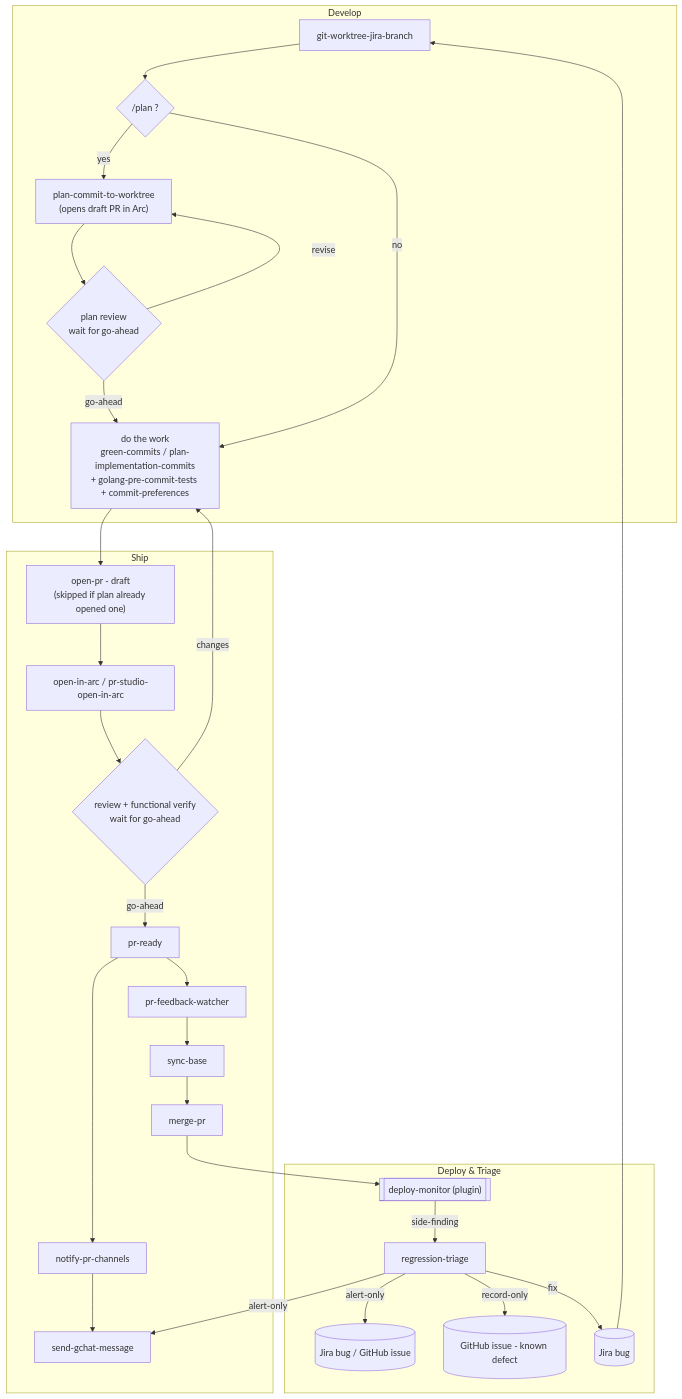
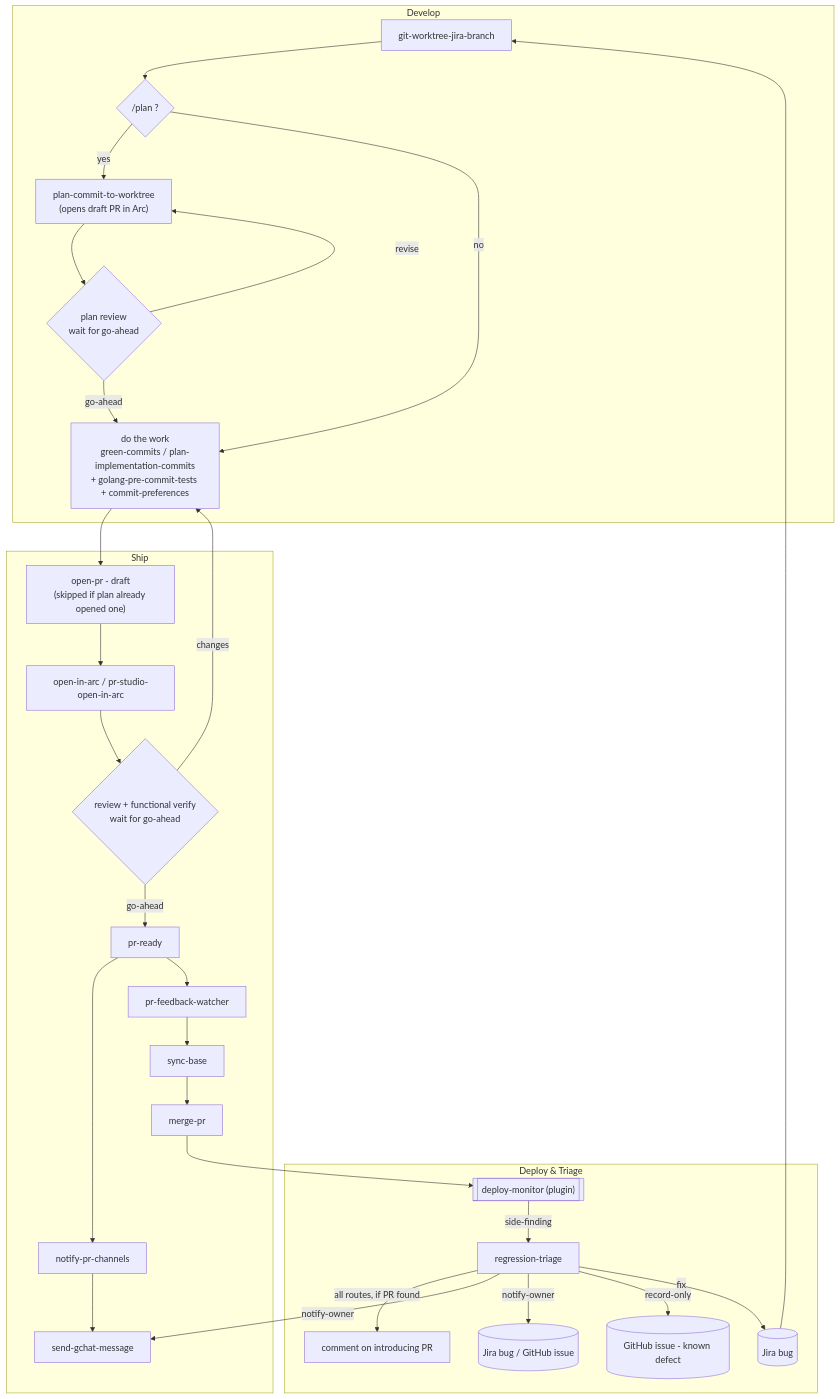
The diagram in claude/skills/README.md (benjfactor/dotfiles), drawn with Mermaid before and after one commit.

Commit message:
docs(skills): name triage notify route and show introducing-PR comment
"alert-only" read as a single action when the route both pings the
owning team and files a tracker; notify-owner says who it reaches.
The comment on the introducing PR runs on every route that finds one,
so it gets its own node instead of being invisible.

````diff
--- a/claude/skills/README.md
+++ b/claude/skills/README.md
@@ -31,45 +31,47 @@
 ```mermaid
 flowchart TD
     subgraph Develop
         WT[git-worktree-jira-branch]
         PLAN{"/plan ?"}
         PCW["plan-commit-to-worktree<br/>(opens draft PR in Arc)"]
         PGATE{"plan review<br/>wait for go-ahead"}
         WORK["do the work<br/>green-commits / plan-implementation-commits<br/>+ golang-pre-commit-tests + commit-preferences"]
     end
     subgraph Ship
         DRAFT["open-pr - draft<br/>(skipped if plan already opened one)"]
         ARC[open-in-arc / pr-studio-open-in-arc]
         WGATE{"review + functional verify<br/>wait for go-ahead"}
         READY[pr-ready]
         NOTIFY[notify-pr-channels]
         GCHAT[send-gchat-message]
         FB[pr-feedback-watcher]
         SYNC[sync-base]
         MERGE[merge-pr]
     end
     subgraph DeployTriage["Deploy & Triage"]
         DM[["deploy-monitor (plugin)"]]
         RT[regression-triage]
         JIRA[(Jira bug)]
         TRACKER[(Jira bug / GitHub issue)]
         KNOWN[(GitHub issue - known defect)]
+        PRC[comment on introducing PR]
     end
 
     WT --> PLAN
     PLAN -- yes --> PCW --> PGATE
     PGATE -- go-ahead --> WORK
     PGATE -- revise --> PCW
     PLAN -- no --> WORK
     WORK --> DRAFT --> ARC --> WGATE
     WGATE -- go-ahead --> READY
     WGATE -- changes --> WORK
     READY --> NOTIFY --> GCHAT
     READY --> FB
     FB --> SYNC --> MERGE --> DM
     DM -- side-finding --> RT
-    RT -- alert-only --> GCHAT
-    RT -- alert-only --> TRACKER
+    RT -- all routes, if PR found --> PRC
+    RT -- notify-owner --> GCHAT
+    RT -- notify-owner --> TRACKER
     RT -- record-only --> KNOWN
     RT -- fix --> JIRA --> WT
 ```
````
